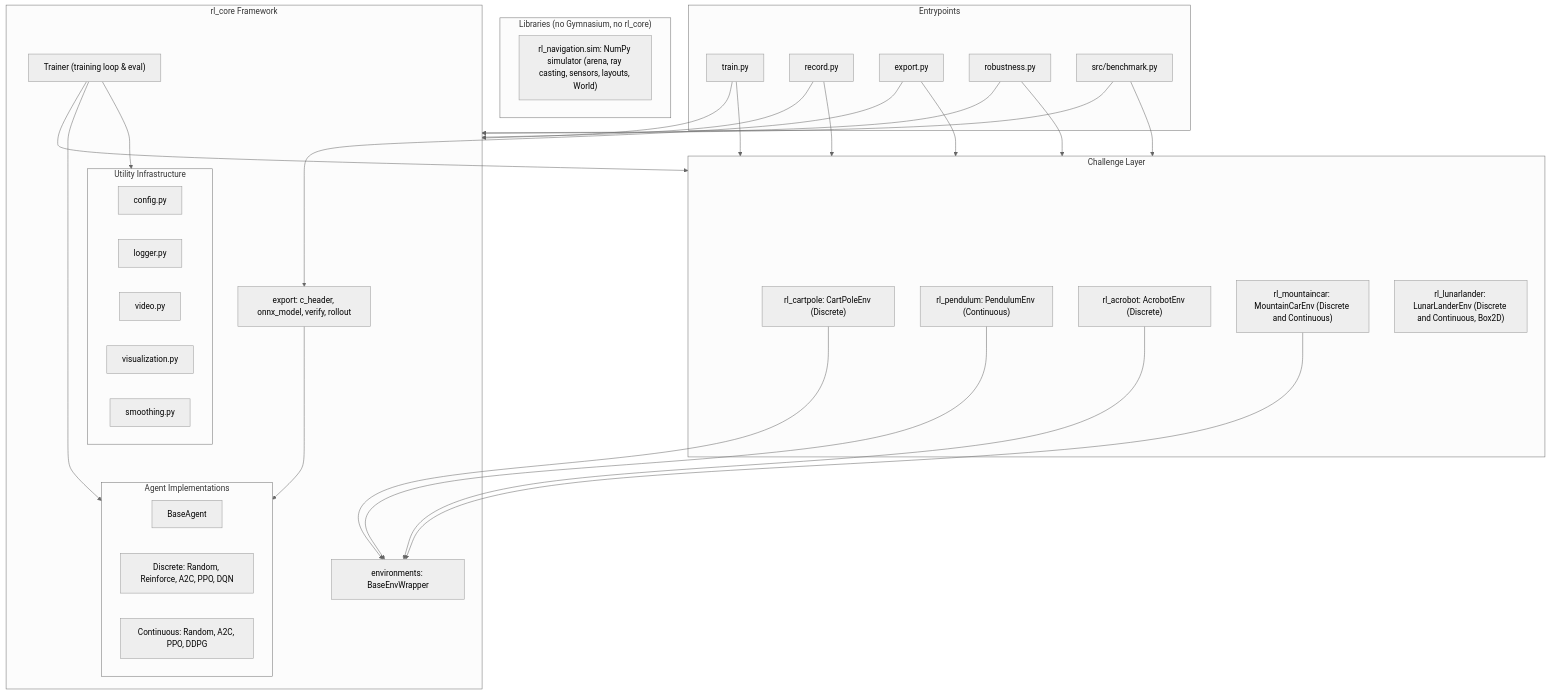
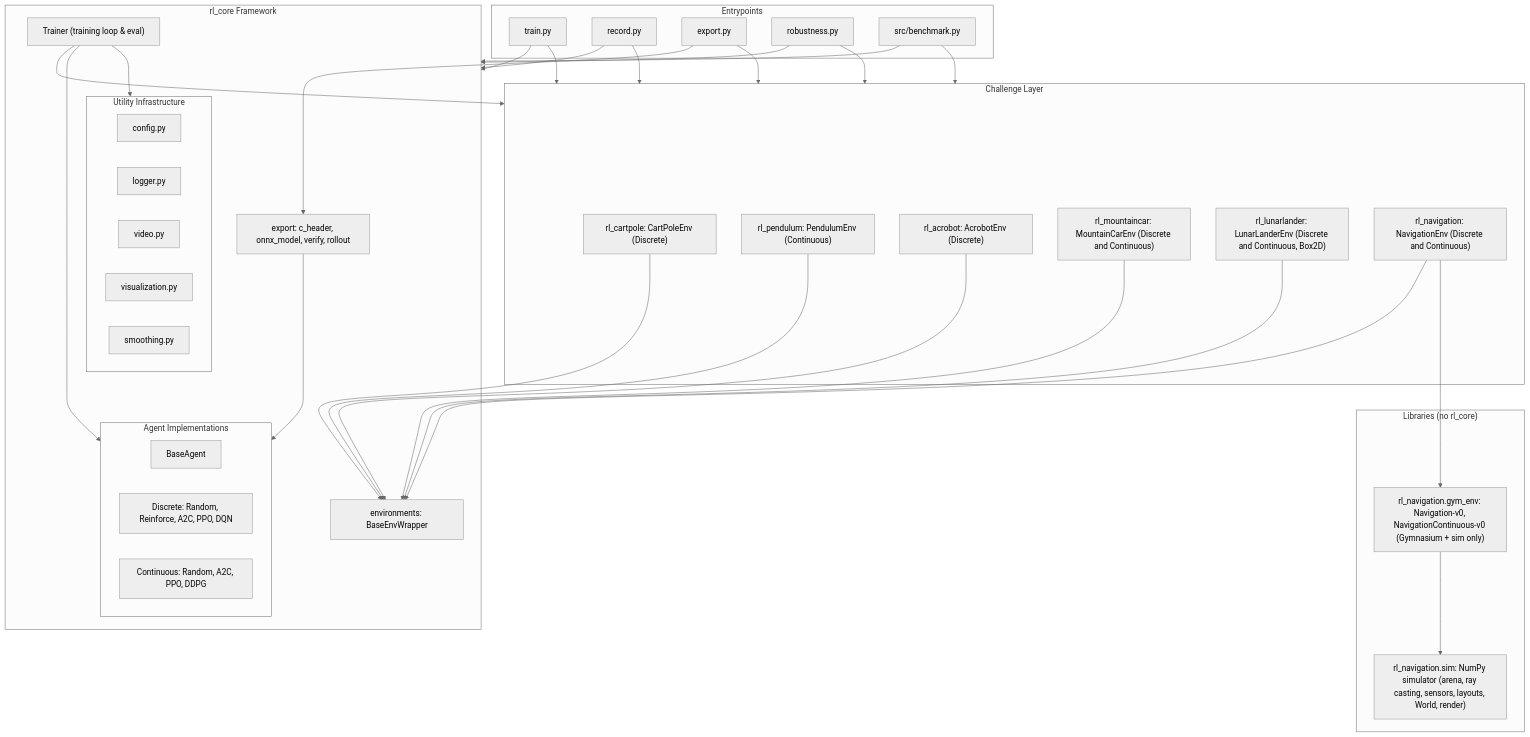
Before and after one commit to andreijw/AI: the first of 3 diagrams in ARCHITECTURE.md, drawn with Mermaid (neutral theme). The commit also changed other lines of this file and 27 other files, not shown here.

Commit message:
feat(navigation): Navigation-v0 and NavigationContinuous-v0 environments and challenges

````diff
--- a/ARCHITECTURE.md
+++ b/ARCHITECTURE.md
@@ -121,63 +131,69 @@
 ```mermaid
 flowchart TD
     subgraph CLI ["Entrypoints"]
         Train["train.py"]
         Record["record.py"]
         Export["export.py"]
         Robust["robustness.py"]
         Bench["src/benchmark.py"]
     end
 
     subgraph Challenges ["Challenge Layer"]
         CartPole["rl_cartpole: CartPoleEnv (Discrete)"]
         Pendulum["rl_pendulum: PendulumEnv (Continuous)"]
         Acrobot["rl_acrobot: AcrobotEnv (Discrete)"]
         MountainCar["rl_mountaincar: MountainCarEnv (Discrete and Continuous)"]
         LunarLander["rl_lunarlander: LunarLanderEnv (Discrete and Continuous, Box2D)"]
+        Navigation["rl_navigation: NavigationEnv (Discrete and Continuous)"]
     end
 
-    subgraph Libraries ["Libraries (no Gymnasium, no rl_core)"]
-        NavSim["rl_navigation.sim: NumPy simulator (arena, ray casting, sensors, layouts, World)"]
+    subgraph Libraries ["Libraries (no rl_core)"]
+        NavGym["rl_navigation.gym_env: Navigation-v0, NavigationContinuous-v0 (Gymnasium + sim only)"]
+        NavSim["rl_navigation.sim: NumPy simulator (arena, ray casting, sensors, layouts, World, render)"]
     end
 
     subgraph Core ["rl_core Framework"]
         Trainer["Trainer (training loop & eval)"]
         
         subgraph Agents ["Agent Implementations"]
             BaseAgent["BaseAgent"]
             DiscreteAgents["Discrete: Random, Reinforce, A2C, PPO, DQN"]
             ContinuousAgents["Continuous: Random, A2C, PPO, DDPG"]
         end
 
         EnvBase["environments: BaseEnvWrapper"]
 
         subgraph Utils ["Utility Infrastructure"]
             Config["config.py"]
             Logger["logger.py"]
             Video["video.py"]
             Viz["visualization.py"]
             Smooth["smoothing.py"]
         end
 
         ExportPkg["export: c_header, onnx_model, verify, rollout"]
     end
 
     Train --> Core
     Record --> Core
     Bench --> Core
     Train --> Challenges
     Record --> Challenges
     Export --> Challenges
     Robust --> Core
     Robust --> Challenges
     Export --> ExportPkg
     ExportPkg --> Agents
     Bench --> Challenges
     Trainer --> Challenges
     Trainer --> Agents
     Trainer --> Utils
     CartPole --> EnvBase
     Pendulum --> EnvBase
     Acrobot --> EnvBase
     MountainCar --> EnvBase
+    LunarLander --> EnvBase
+    Navigation --> EnvBase
+    Navigation --> NavGym
+    NavGym --> NavSim
 ```
````
